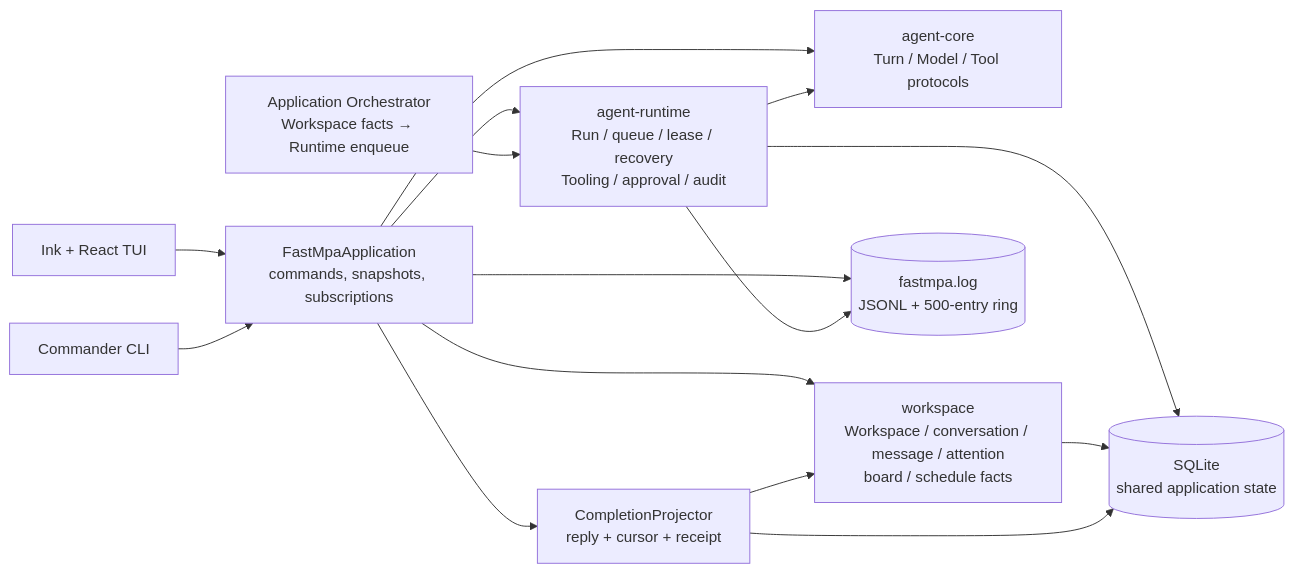
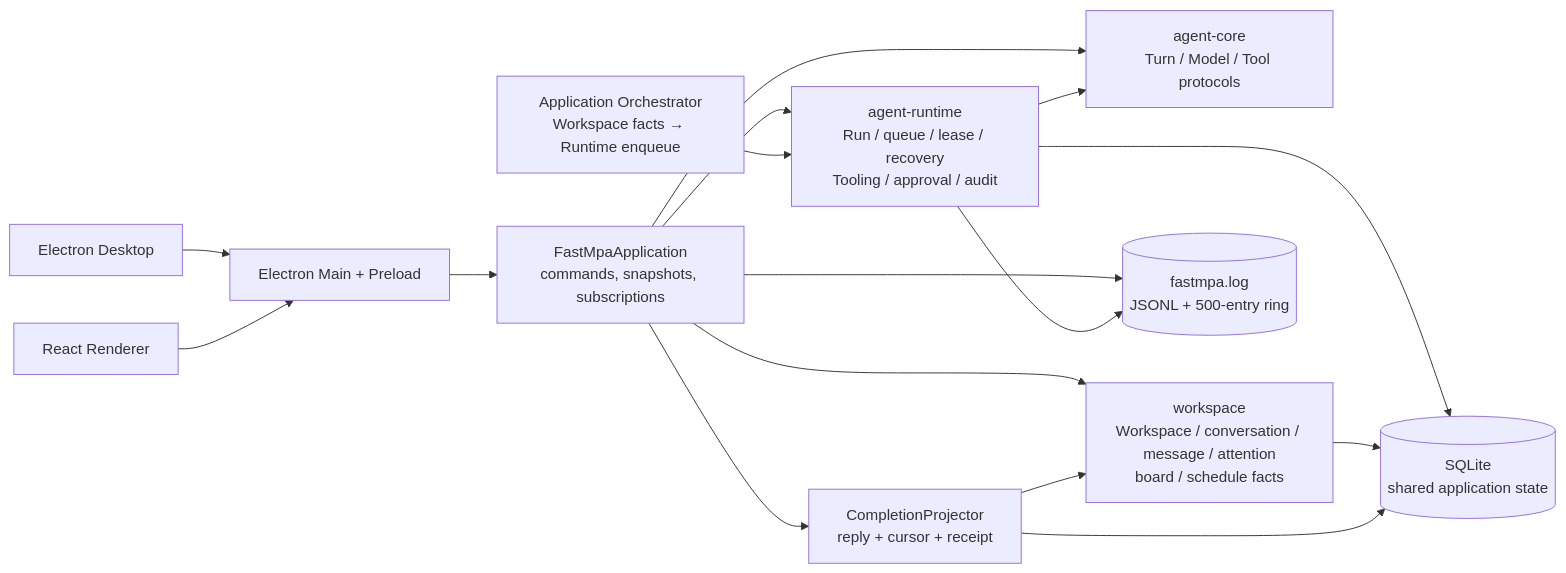
The first of 3 diagrams in docs/ARCHITECTURE.md (ShawnDen-coder/fastmpa), drawn with Mermaid before and after one commit. The commit also changed other lines of this file and 36 other files, not shown here.

Commit message:
Migrate FastMPA from TUI to Electron Desktop

````diff
--- a/docs/ARCHITECTURE.md
+++ b/docs/ARCHITECTURE.md
@@ -8,28 +8,30 @@
 ```mermaid
 flowchart LR
-    TUI[Ink + React TUI]
-    CLI[Commander CLI]
+    DESKTOP[Electron Desktop]
+    MAIN[Electron Main + Preload]
+    RENDERER[React Renderer]
     APP[FastMpaApplication\ncommands, snapshots, subscriptions]
     CORE[agent-core\nTurn / Model / Tool protocols]
     RUNTIME[agent-runtime\nRun / queue / lease / recovery\nTooling / approval / audit]
     WORKSPACE[workspace\nWorkspace / conversation / message / attention\nboard / schedule facts]
     DB[(SQLite\nshared application state)]
     LOG[(fastmpa.log\nJSONL + 500-entry ring)]
     EXT[Application Orchestrator\nWorkspace facts → Runtime enqueue]
     PROJ[CompletionProjector\nreply + cursor + receipt]
 
-    TUI --> APP
-    CLI --> APP
+    DESKTOP --> MAIN
+    MAIN --> APP
+    RENDERER --> MAIN
     APP --> CORE
     APP --> RUNTIME
     APP --> WORKSPACE
     RUNTIME --> CORE
     RUNTIME --> DB
     WORKSPACE --> DB
     EXT --> RUNTIME
     APP --> PROJ
     PROJ --> WORKSPACE
     PROJ --> DB
     APP --> LOG
     RUNTIME --> LOG
 ```
````
